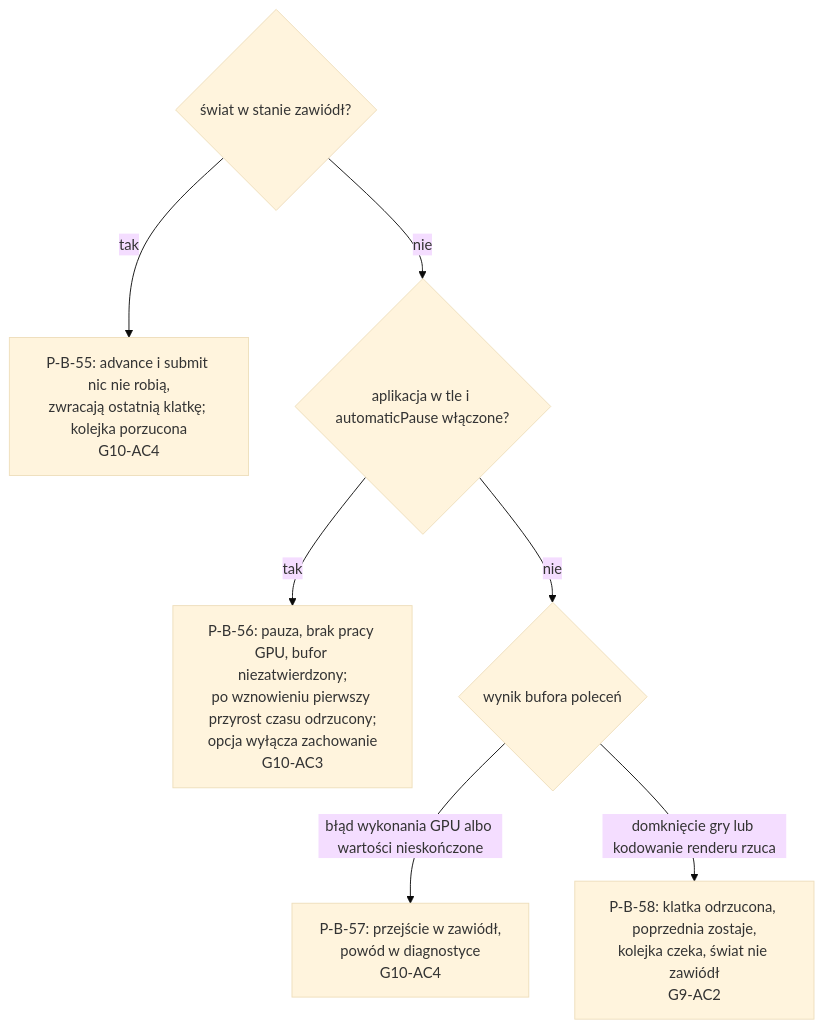
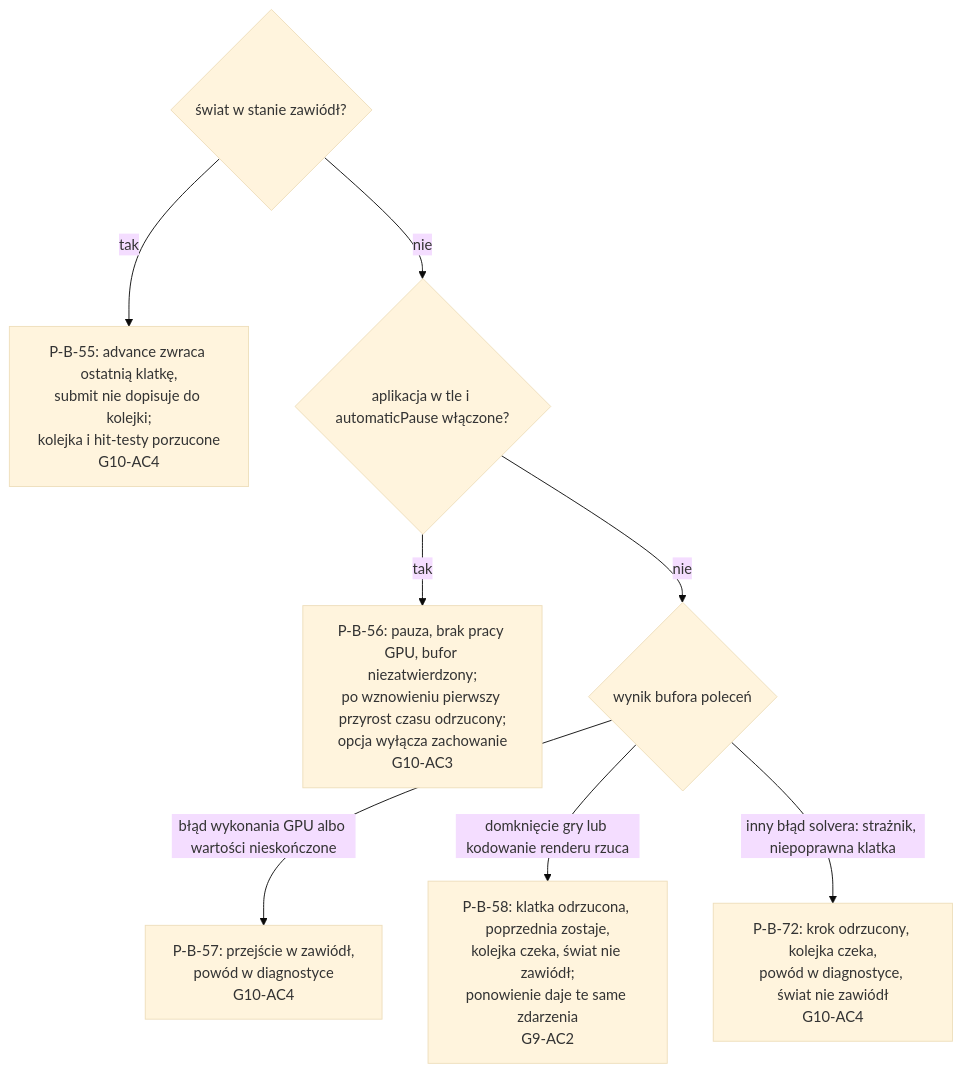
The second of 2 diagrams in docs/sdlc/changes/2026-11-08-engine-foundations/plan.md (MariuszAdamowicz/BubblePhysics), drawn with Mermaid (base theme) before and after one commit. The commit also changed other lines of this file and 1 other file, not shown here.

First line of the commit message:
docs: plan etapu 4 (replan) — czas, zapytania, hit-test

````diff
--- a/docs/sdlc/changes/2026-11-08-engine-foundations/plan.md
+++ b/docs/sdlc/changes/2026-11-08-engine-foundations/plan.md
@@ -360,10 +392,11 @@
 ```mermaid
 flowchart TD
     q1{"świat w stanie zawiódł?"}
-    q1 -- tak --> B55["P-B-55: advance i submit nic nie robią,<br/>zwracają ostatnią klatkę; kolejka porzucona<br/>G10-AC4"]
+    q1 -- tak --> B55["P-B-55: advance zwraca ostatnią klatkę,<br/>submit nie dopisuje do kolejki;<br/>kolejka i hit-testy porzucone<br/>G10-AC4"]
     q1 -- nie --> q2{"aplikacja w tle i automaticPause włączone?"}
     q2 -- tak --> B56["P-B-56: pauza, brak pracy GPU, bufor niezatwierdzony;<br/>po wznowieniu pierwszy przyrost czasu odrzucony;<br/>opcja wyłącza zachowanie<br/>G10-AC3"]
     q2 -- nie --> q3{"wynik bufora poleceń"}
     q3 -- "błąd wykonania GPU albo wartości nieskończone" --> B57["P-B-57: przejście w zawiódł,<br/>powód w diagnostyce<br/>G10-AC4"]
-    q3 -- "domknięcie gry lub kodowanie renderu rzuca" --> B58["P-B-58: klatka odrzucona, poprzednia zostaje,<br/>kolejka czeka, świat nie zawiódł<br/>G9-AC2"]
+    q3 -- "domknięcie gry lub kodowanie renderu rzuca" --> B58["P-B-58: klatka odrzucona, poprzednia zostaje,<br/>kolejka czeka, świat nie zawiódł;<br/>ponowienie daje te same zdarzenia<br/>G9-AC2"]
+    q3 -- "inny błąd solvera: strażnik, niepoprawna klatka" --> B72["P-B-72: krok odrzucony, kolejka czeka,<br/>powód w diagnostyce, świat nie zawiódł<br/>G10-AC4"]
 ```
````
